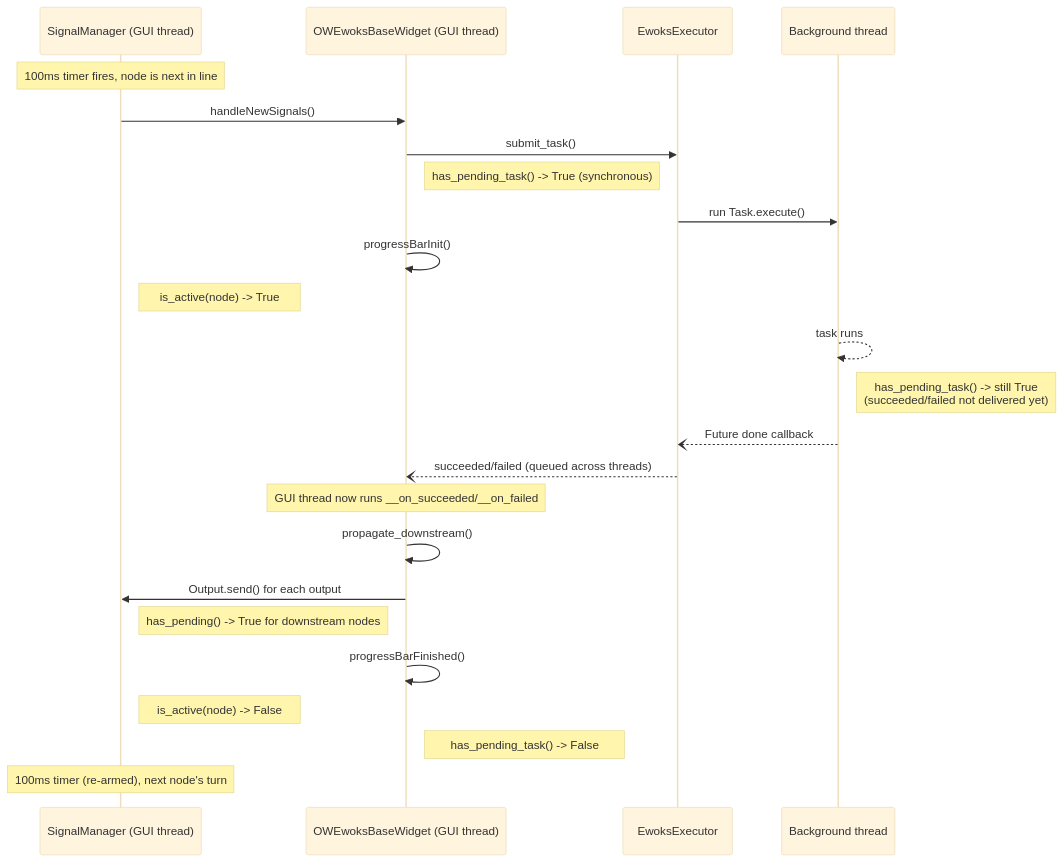
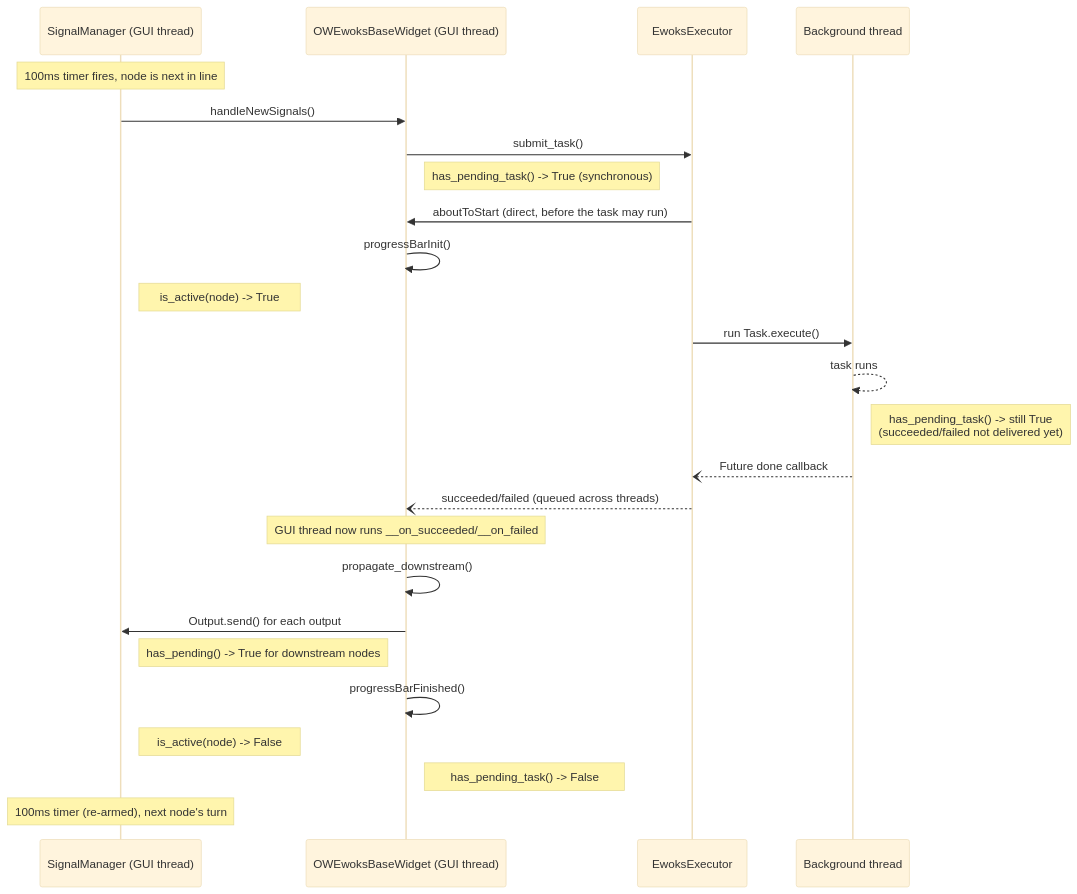
The first of 2 diagrams in doc/explanations/execution.rst (ewoks-kit/ewoksorange), drawn with Mermaid (base theme) before and after one commit. The commit also changed other lines of this file and 10 other files, not shown here.

```diff
--- a/doc/explanations/execution.rst
+++ b/doc/explanations/execution.rst
@@ -37,30 +38,31 @@
 .. mermaid::
 
     sequenceDiagram
         participant SM as SignalManager (GUI thread)
         participant W as OWEwoksBaseWidget (GUI thread)
         participant EX as EwoksExecutor
         participant BG as Background thread
 
         Note over SM: 100ms timer fires, node is next in line
         SM->>W: handleNewSignals()
         W->>EX: submit_task()
         Note right of W: has_pending_task() -> True (synchronous)
-        EX->>BG: run Task.execute()
+        EX->>W: aboutToStart (direct, before the task may run)
         W->>W: progressBarInit()
         Note right of SM: is_active(node) -> True
+        EX->>BG: run Task.execute()
 
         BG-->>BG: task runs
         Note right of BG: has_pending_task() -> still True<br/>(succeeded/failed not delivered yet)
         BG--)EX: Future done callback
         EX--)W: succeeded/failed (queued across threads)
 
         Note over W: GUI thread now runs __on_succeeded/__on_failed
         W->>W: propagate_downstream()
         W->>SM: Output.send() for each output
         Note right of SM: has_pending() -> True for downstream nodes
         W->>W: progressBarFinished()
         Note right of SM: is_active(node) -> False
         Note right of W: has_pending_task() -> False
 
         Note over SM: 100ms timer (re-armed), next node's turn
```
